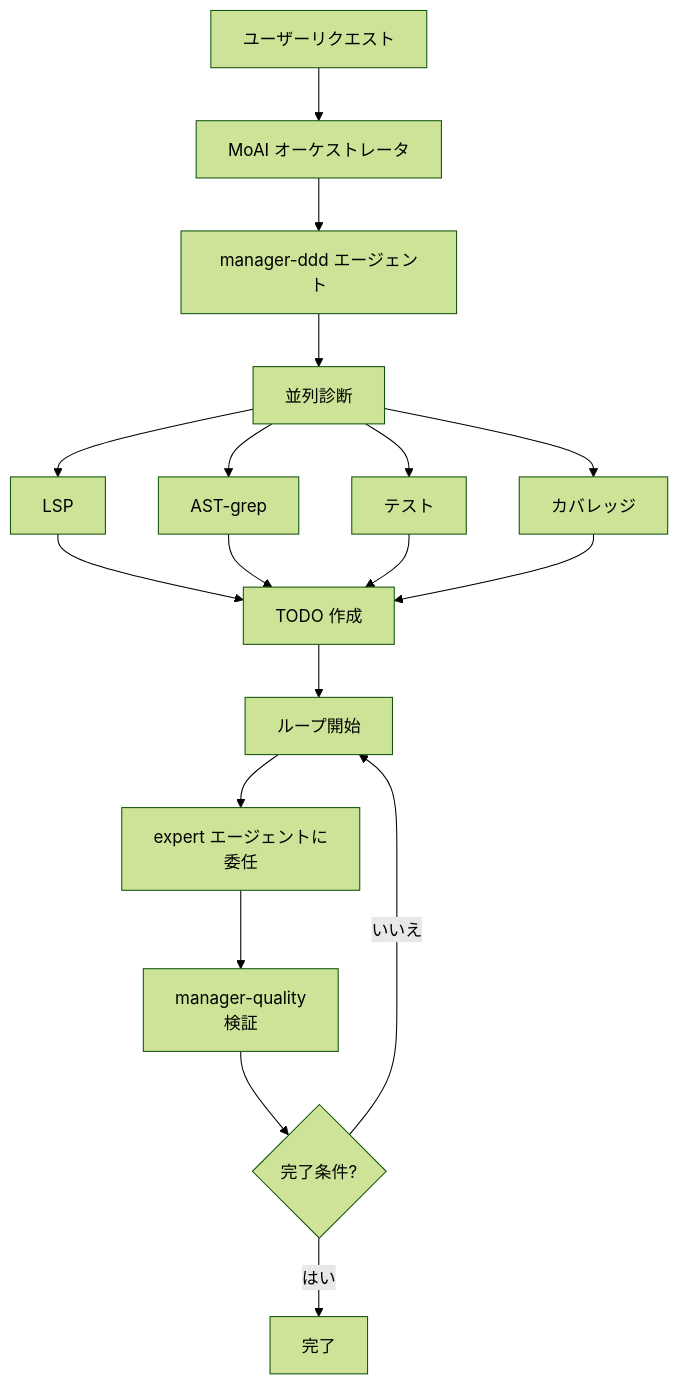
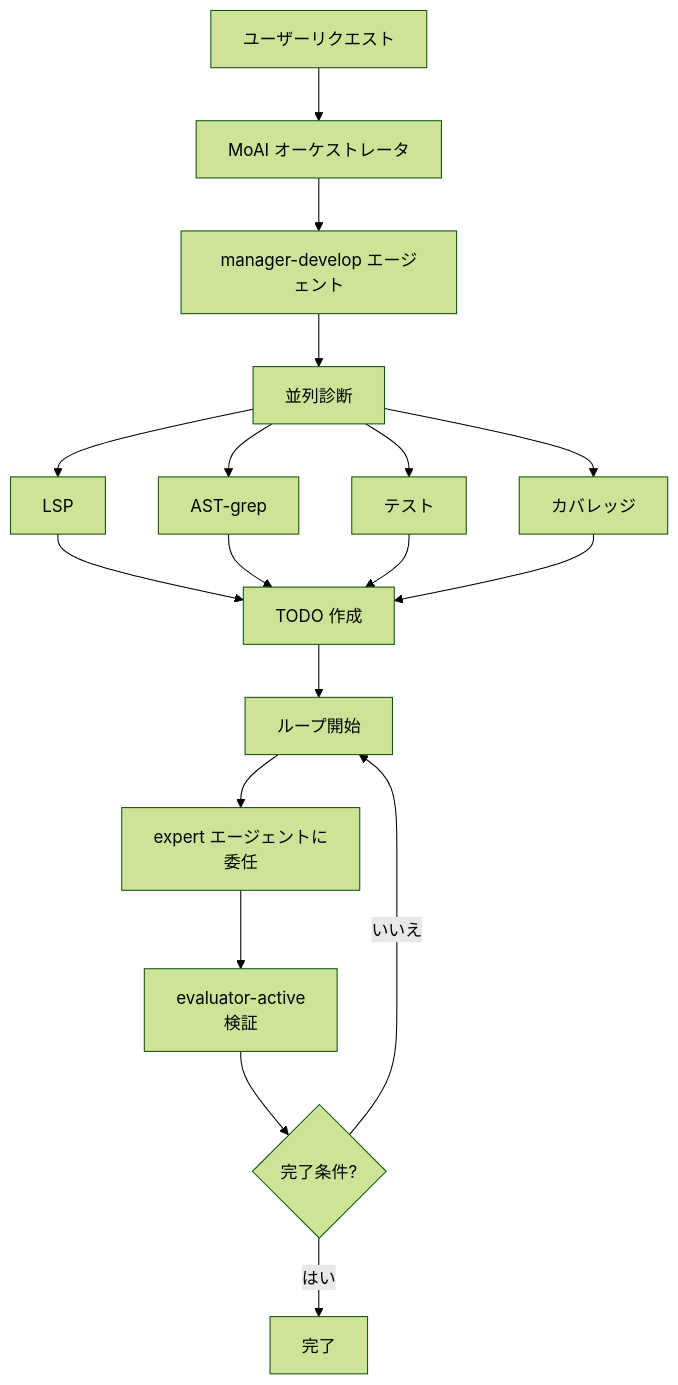
The fourth of 4 diagrams in docs-site/content/ja/utility-commands/moai-loop.md (modu-ai/moai-adk), drawn with Mermaid (forest theme) before and after one commit. The commit also changed other lines of this file and 153 other files, not shown here.

````diff
--- a/docs-site/content/ja/utility-commands/moai-loop.md
+++ b/docs-site/content/ja/utility-commands/moai-loop.md
@@ -199,25 +199,25 @@
 ```mermaid
 flowchart TD
     User["ユーザーリクエスト"] --> Orchestrator["MoAI オーケストレータ"]
-    Orchestrator --> ManagerDDD["manager-ddd エージェント"]
+    Orchestrator --> ManagerDDD["manager-develop エージェント"]
 
     ManagerDDD --> Diagnose["並列診断"]
     Diagnose --> LSP["LSP"]
     Diagnose --> AST["AST-grep"]
     Diagnose --> Test["テスト"]
     Diagnose --> Cov["カバレッジ"]
 
     LSP --> Todo["TODO 作成"]
     AST --> Todo
     Test --> Todo
     Cov --> Todo
 
     Todo --> Loop["ループ開始"]
 
     Loop --> Fix["expert エージェントに<br/>委任"]
-    Fix --> Verify["manager-quality<br/>検証"]
+    Fix --> Verify["evaluator-active<br/>検証"]
 
     Verify --> Complete{"完了条件?"}
     Complete -->|いいえ| Loop
     Complete -->|はい| Done["完了"]
 ```
````
